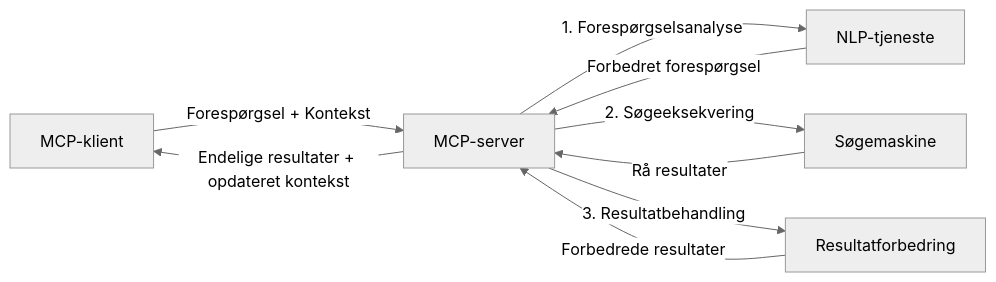
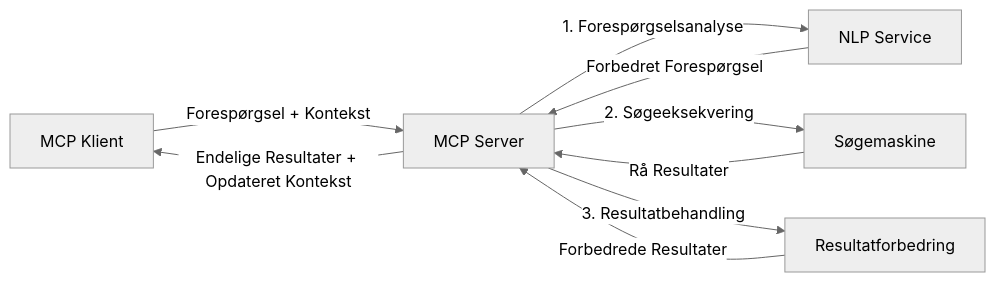
Before and after one commit to microsoft/mcp-for-beginners: the fourth of 4 diagrams in translations/da/05-AdvancedTopics/mcp-realtimesearch/README.md, drawn with Mermaid (neutral theme). The commit also changed other lines of this file and 156 other files, not shown here.

````diff
--- a/translations/da/05-AdvancedTopics/mcp-realtimesearch/README.md
+++ b/translations/da/05-AdvancedTopics/mcp-realtimesearch/README.md
@@ -626,11 +628,11 @@
 ```mermaid
 graph LR
-    Client[MCP-klient] --> |Forespørgsel + Kontekst| Server[MCP-server]
-    Server --> |1. Forespørgselsanalyse| NLP[NLP-tjeneste]
-    NLP --> |Forbedret forespørgsel| Server
+    Client[MCP Klient] --> |Forespørgsel + Kontekst| Server[MCP Server]
+    Server --> |1. Forespørgselsanalyse| NLP[NLP Service]
+    NLP --> |Forbedret Forespørgsel| Server
     Server --> |2. Søgeeksekvering| Search[Søgemaskine]
-    Search --> |Rå resultater| Server
+    Search --> |Rå Resultater| Server
     Server --> |3. Resultatbehandling| Enhancement[Resultatforbedring]
-    Enhancement --> |Forbedrede resultater| Server
-    Server --> |Endelige resultater + opdateret kontekst| Client
+    Enhancement --> |Forbedrede Resultater| Server
+    Server --> |Endelige Resultater + Opdateret Kontekst| Client
 ```
````
